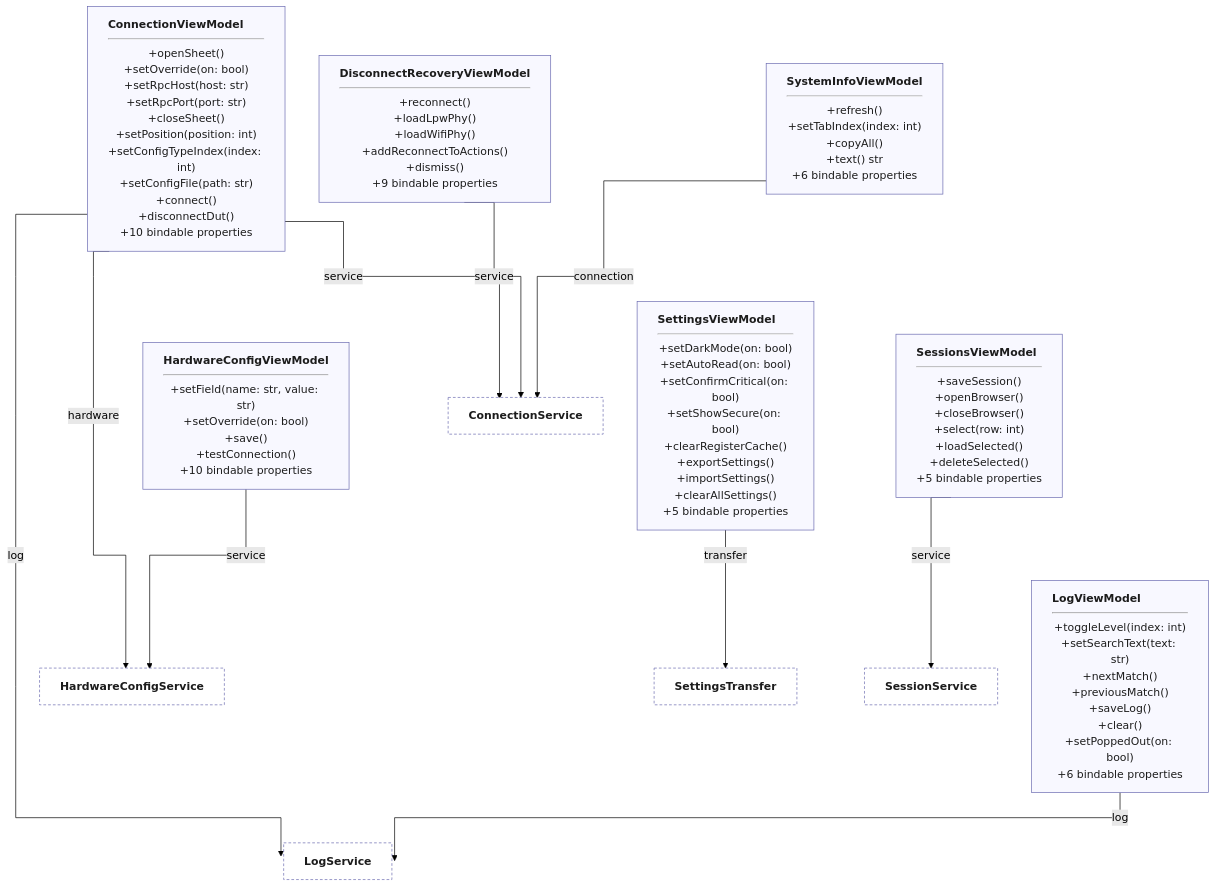
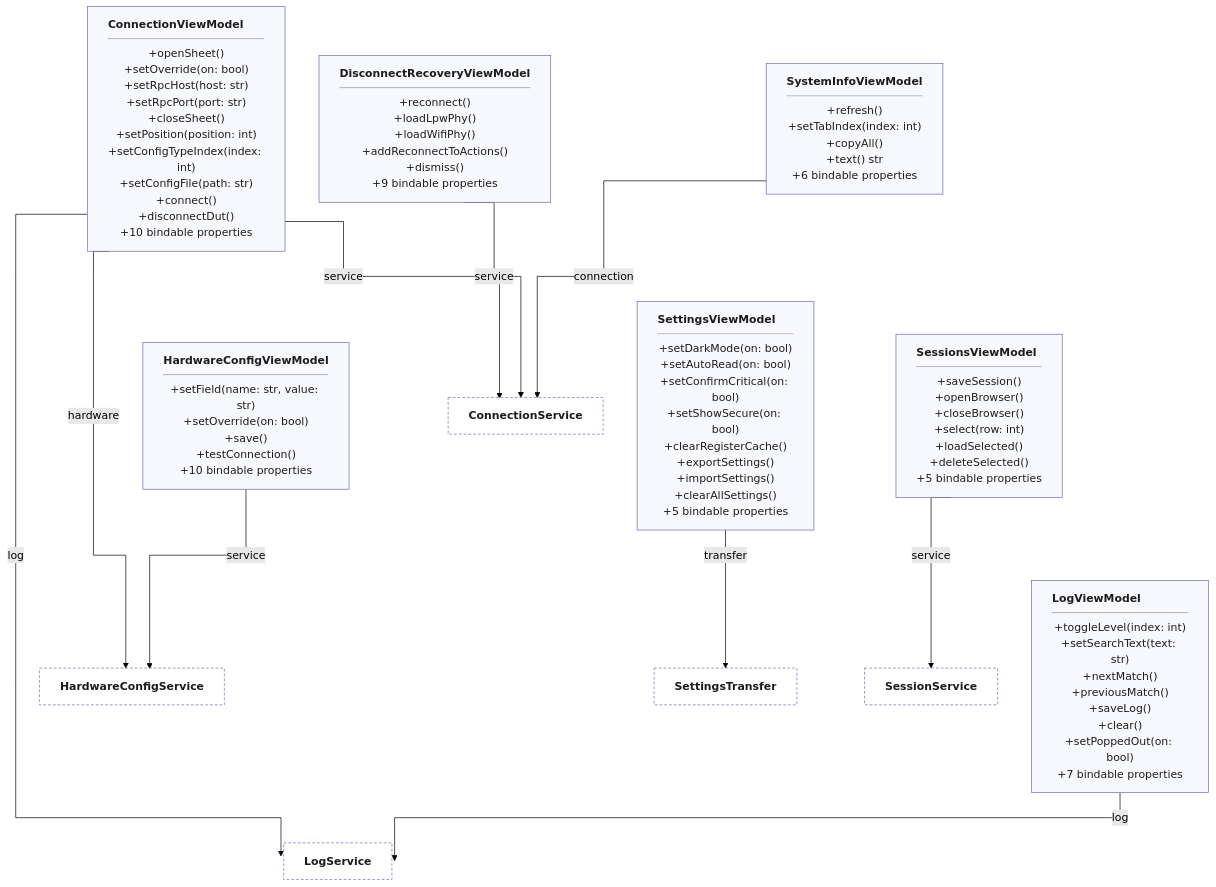
Before and after one commit to ShoyonK/sample_ui: diagram 23 of 30 in docs/ARCHITECTURE.md, drawn with Mermaid (forest theme). The commit also changed other lines of this file and 315 other files, not shown here.

````diff
--- a/docs/ARCHITECTURE.md
+++ b/docs/ARCHITECTURE.md
@@ -805,31 +828,31 @@
 ```mermaid
 %%{init: {"flowchart": {"curve": "stepAfter"}}}%%
 flowchart TB
     classDef box text-align:left,fill:#f8f8ff,stroke:#6a6ab0,color:#1c1c1c
     classDef stub fill:#ffffff,stroke:#6a6ab0,stroke-dasharray:4 3,color:#1c1c1c
     ConnectionViewModel["<b>ConnectionViewModel</b><hr/>+openSheet()<br/>+setOverride(on: bool)<br/>+setRpcHost(host: str)<br/>+setRpcPort(port: str)<br/>+closeSheet()<br/>+setPosition(position: int)<br/>+setConfigTypeIndex(index: int)<br/>+setConfigFile(path: str)<br/>+connect()<br/>+disconnectDut()<br/>+10 bindable properties"]:::box
     DisconnectRecoveryViewModel["<b>DisconnectRecoveryViewModel</b><hr/>+reconnect()<br/>+loadLpwPhy()<br/>+loadWifiPhy()<br/>+addReconnectToActions()<br/>+dismiss()<br/>+9 bindable properties"]:::box
     SystemInfoViewModel["<b>SystemInfoViewModel</b><hr/>+refresh()<br/>+setTabIndex(index: int)<br/>+copyAll()<br/>+text() str<br/>+6 bindable properties"]:::box
     SettingsViewModel["<b>SettingsViewModel</b><hr/>+setDarkMode(on: bool)<br/>+setAutoRead(on: bool)<br/>+setConfirmCritical(on: bool)<br/>+setShowSecure(on: bool)<br/>+clearRegisterCache()<br/>+exportSettings()<br/>+importSettings()<br/>+clearAllSettings()<br/>+5 bindable properties"]:::box
     HardwareConfigViewModel["<b>HardwareConfigViewModel</b><hr/>+setField(name: str, value: str)<br/>+setOverride(on: bool)<br/>+save()<br/>+testConnection()<br/>+10 bindable properties"]:::box
     SessionsViewModel["<b>SessionsViewModel</b><hr/>+saveSession()<br/>+openBrowser()<br/>+closeBrowser()<br/>+select(row: int)<br/>+loadSelected()<br/>+deleteSelected()<br/>+5 bindable properties"]:::box
-    LogViewModel["<b>LogViewModel</b><hr/>+toggleLevel(index: int)<br/>+setSearchText(text: str)<br/>+nextMatch()<br/>+previousMatch()<br/>+saveLog()<br/>+clear()<br/>+setPoppedOut(on: bool)<br/>+6 bindable properties"]:::box
+    LogViewModel["<b>LogViewModel</b><hr/>+toggleLevel(index: int)<br/>+setSearchText(text: str)<br/>+nextMatch()<br/>+previousMatch()<br/>+saveLog()<br/>+clear()<br/>+setPoppedOut(on: bool)<br/>+7 bindable properties"]:::box
     ConnectionService["<b>ConnectionService</b>"]:::stub
     LogService["<b>LogService</b>"]:::stub
     HardwareConfigService["<b>HardwareConfigService</b>"]:::stub
     SettingsTransfer["<b>SettingsTransfer</b>"]:::stub
     SessionService["<b>SessionService</b>"]:::stub
     ConnectionViewModel -->|"service"| ConnectionService
     ConnectionViewModel -->|"log"| LogService
     ConnectionViewModel -->|"hardware"| HardwareConfigService
     DisconnectRecoveryViewModel -->|"service"| ConnectionService
     SystemInfoViewModel -->|"connection"| ConnectionService
     SettingsViewModel -->|"transfer"| SettingsTransfer
     HardwareConfigViewModel -->|"service"| HardwareConfigService
     SessionsViewModel -->|"service"| SessionService
     LogViewModel -->|"log"| LogService
     ConnectionViewModel ~~~ SettingsViewModel
     DisconnectRecoveryViewModel ~~~ HardwareConfigViewModel
     SystemInfoViewModel ~~~ SessionsViewModel
     SettingsViewModel ~~~ LogViewModel
 ```
````
